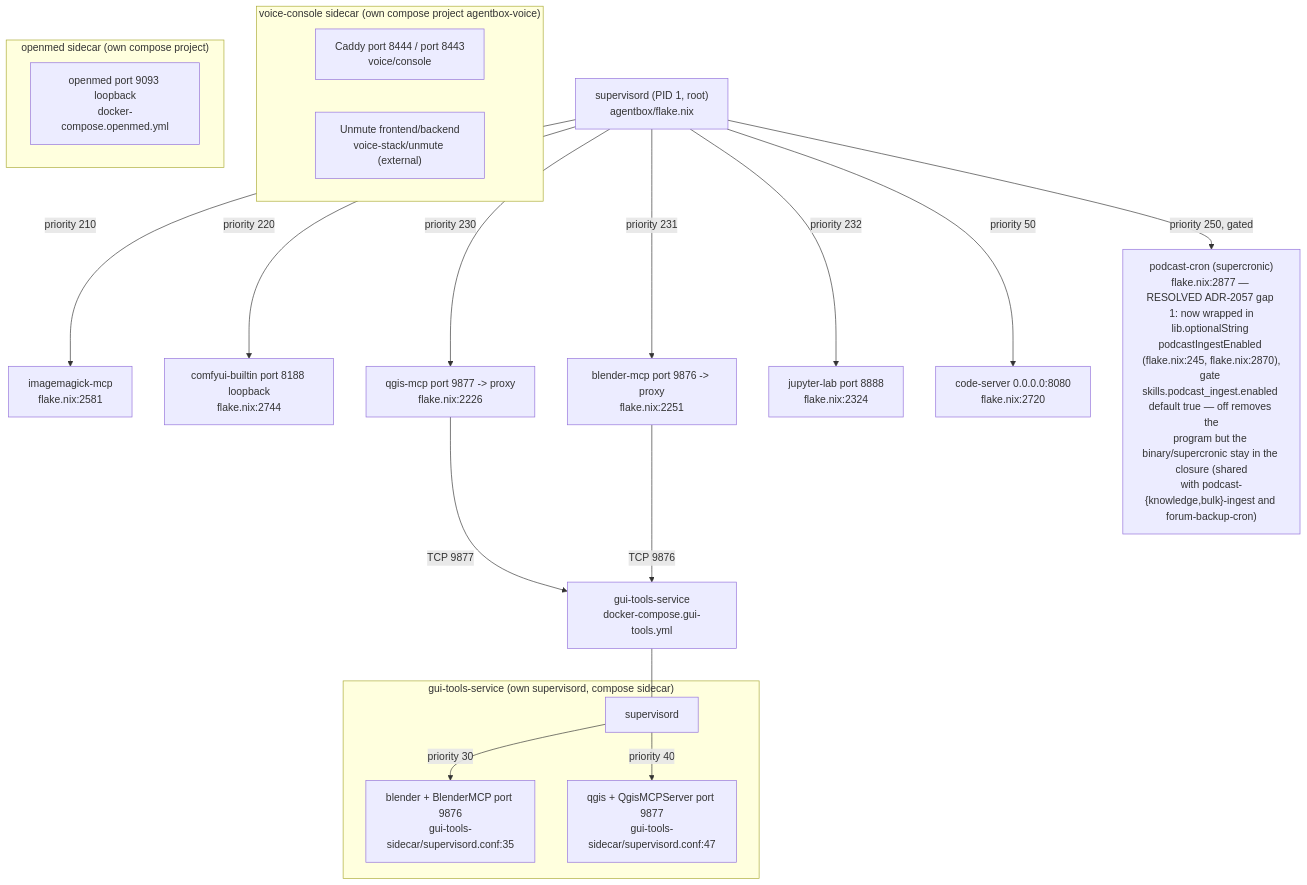
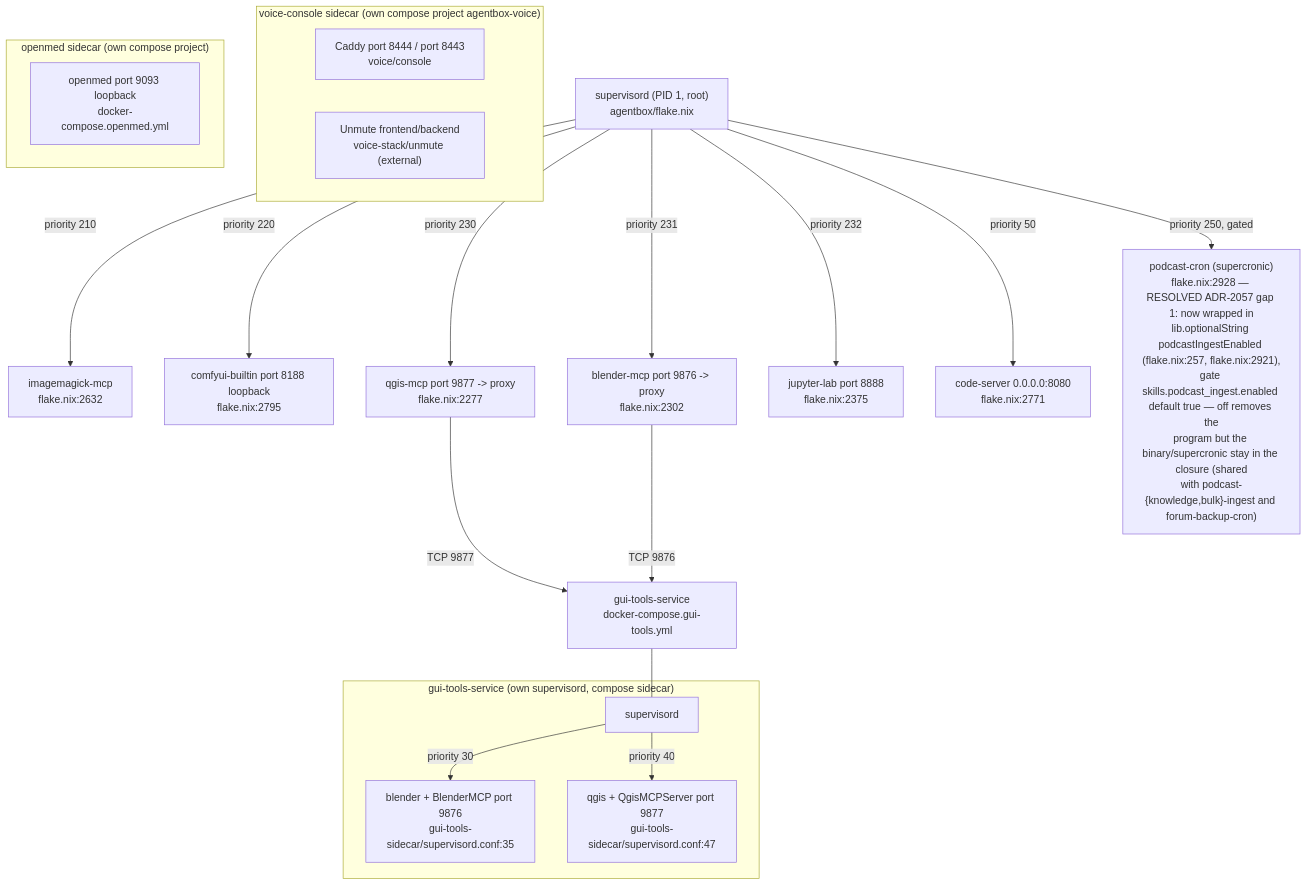
One commit to DreamLab-AI/VisionFlow changed the tenth of 13 diagrams in docs/diagrams/agentbox/27-media-gpu-capability-services.md. Above: the diagram before and after it, drawn with Mermaid. The commit also changed other lines of this file and 80 other files, not shown here.

First line of the commit message:
docs(diagrams): re-verify the agentbox, dreamlab, estate and visionflow corpus against current sources

````diff
--- a/docs/diagrams/agentbox/27-media-gpu-capability-services.md
+++ b/docs/diagrams/agentbox/27-media-gpu-capability-services.md
@@ -317,30 +317,30 @@
 ```mermaid
 flowchart TB
     SUP["supervisord (PID 1, root)<br/>agentbox/flake.nix"]
-    SUP -->|priority 210| IM["imagemagick-mcp<br/>flake.nix:2581"]
-    SUP -->|priority 220| CB["comfyui-builtin port 8188 loopback<br/>flake.nix:2744"]
-    SUP -->|priority 230| QM["qgis-mcp port 9877 -> proxy<br/>flake.nix:2226"]
-    SUP -->|priority 231| BM["blender-mcp port 9876 -> proxy<br/>flake.nix:2251"]
-    SUP -->|priority 232| JL["jupyter-lab port 8888<br/>flake.nix:2324"]
-    SUP -->|priority 50| CS["code-server 0.0.0.0:8080<br/>flake.nix:2720"]
-    SUP -->|priority 250, gated| PC["podcast-cron (supercronic)<br/>flake.nix:2877 — RESOLVED ADR-2057 gap 1: now wrapped in<br/>lib.optionalString podcastIngestEnabled (flake.nix:245, flake.nix:2870),<br/>gate skills.podcast_ingest.enabled default true — off removes the<br/>program but the binary/supercronic stay in the closure (shared<br/>with podcast-{knowledge,bulk}-ingest and forum-backup-cron)"]
+    SUP -->|priority 210| IM["imagemagick-mcp<br/>flake.nix:2632"]
+    SUP -->|priority 220| CB["comfyui-builtin port 8188 loopback<br/>flake.nix:2795"]
+    SUP -->|priority 230| QM["qgis-mcp port 9877 -> proxy<br/>flake.nix:2277"]
+    SUP -->|priority 231| BM["blender-mcp port 9876 -> proxy<br/>flake.nix:2302"]
+    SUP -->|priority 232| JL["jupyter-lab port 8888<br/>flake.nix:2375"]
+    SUP -->|priority 50| CS["code-server 0.0.0.0:8080<br/>flake.nix:2771"]
+    SUP -->|priority 250, gated| PC["podcast-cron (supercronic)<br/>flake.nix:2928 — RESOLVED ADR-2057 gap 1: now wrapped in<br/>lib.optionalString podcastIngestEnabled (flake.nix:257, flake.nix:2921),<br/>gate skills.podcast_ingest.enabled default true — off removes the<br/>program but the binary/supercronic stay in the closure (shared<br/>with podcast-{knowledge,bulk}-ingest and forum-backup-cron)"]
 
     QM -->|TCP 9877| GTS["gui-tools-service<br/>docker-compose.gui-tools.yml"]
     BM -->|TCP 9876| GTS
 
     subgraph sidecar["gui-tools-service (own supervisord, compose sidecar)"]
         GSUP["supervisord"]
         GSUP -->|priority 30| GB["blender + BlenderMCP port 9876<br/>gui-tools-sidecar/supervisord.conf:35"]
         GSUP -->|priority 40| GQ["qgis + QgisMCPServer port 9877<br/>gui-tools-sidecar/supervisord.conf:47"]
     end
     GTS --- GSUP
 
     subgraph voicesc["voice-console sidecar (own compose project agentbox-voice)"]
         CADDY["Caddy port 8444 / port 8443<br/>voice/console"]
         UNMUTE["Unmute frontend/backend<br/>voice-stack/unmute (external)"]
     end
 
     subgraph openmedsc["openmed sidecar (own compose project)"]
         OM["openmed port 9093 loopback<br/>docker-compose.openmed.yml"]
     end
 ```
````
